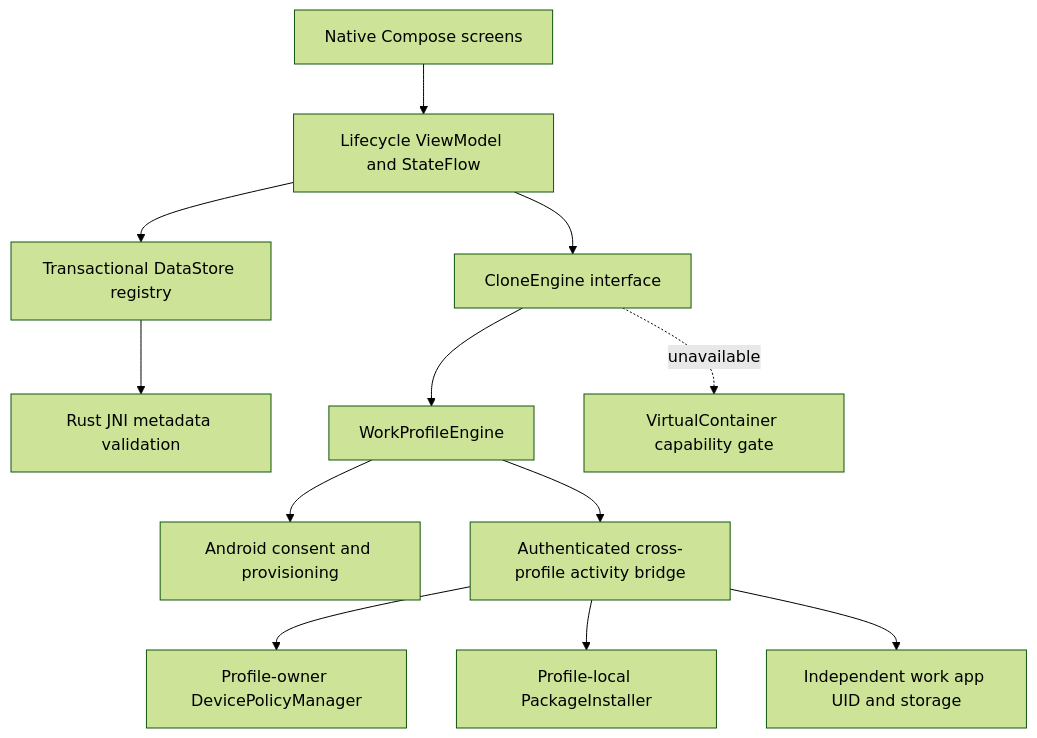
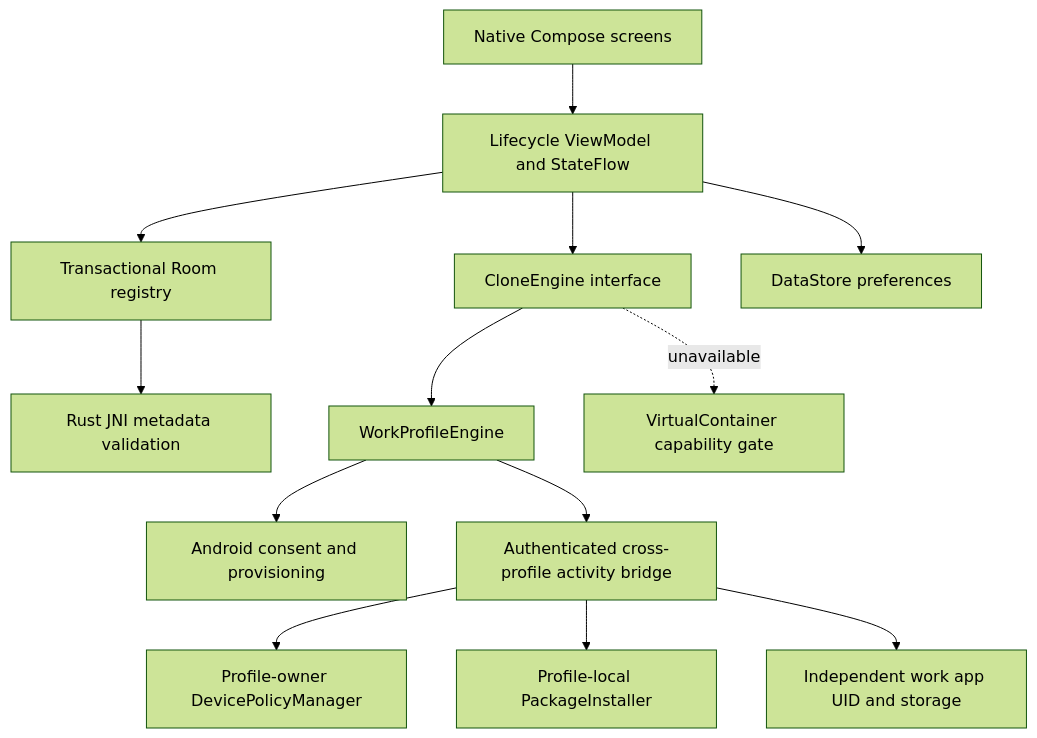
Before and after one commit to shreeharsh-patil/Clone-App: the diagram in README.md, drawn with Mermaid (forest theme). The commit also changed other lines of this file and 82 other files, not shown here.

````diff
--- a/README.md
+++ b/README.md
@@ -33,14 +36,15 @@
 ```mermaid
 flowchart TD
     UI[Native Compose screens] --> VM[Lifecycle ViewModel and StateFlow]
     VM --> E[CloneEngine interface]
-    VM --> R[Transactional DataStore registry]
+    VM --> R[Transactional Room registry]
+    VM --> S[DataStore preferences]
     R --> JNI[Rust JNI metadata validation]
     E --> W[WorkProfileEngine]
     W --> P[Android consent and provisioning]
     W --> B[Authenticated cross-profile activity bridge]
     B --> D[Profile-owner DevicePolicyManager]
     B --> I[Profile-local PackageInstaller]
     B --> A[Independent work app UID and storage]
     E -. unavailable .-> V[VirtualContainer capability gate]
 ```
````
